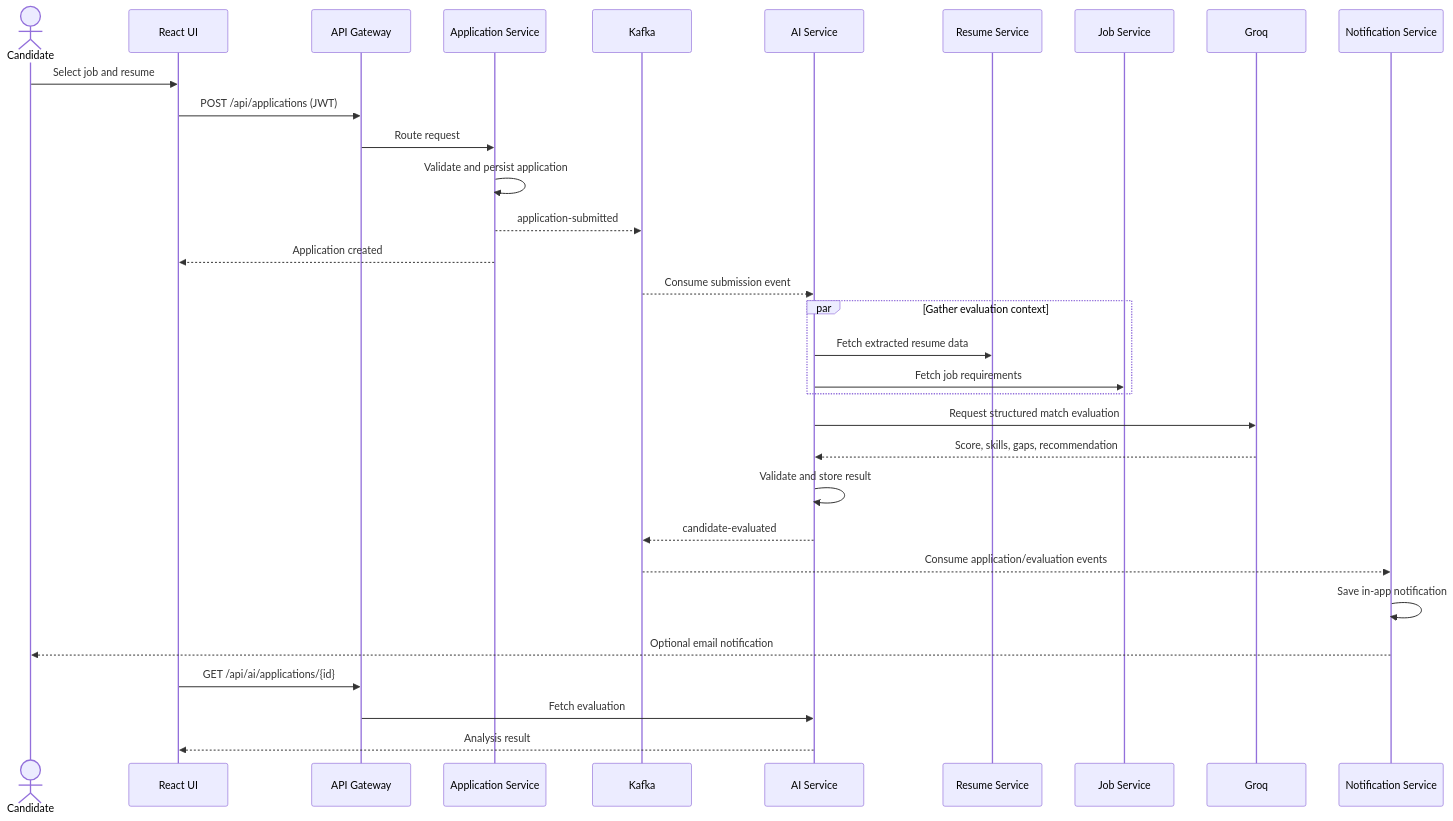
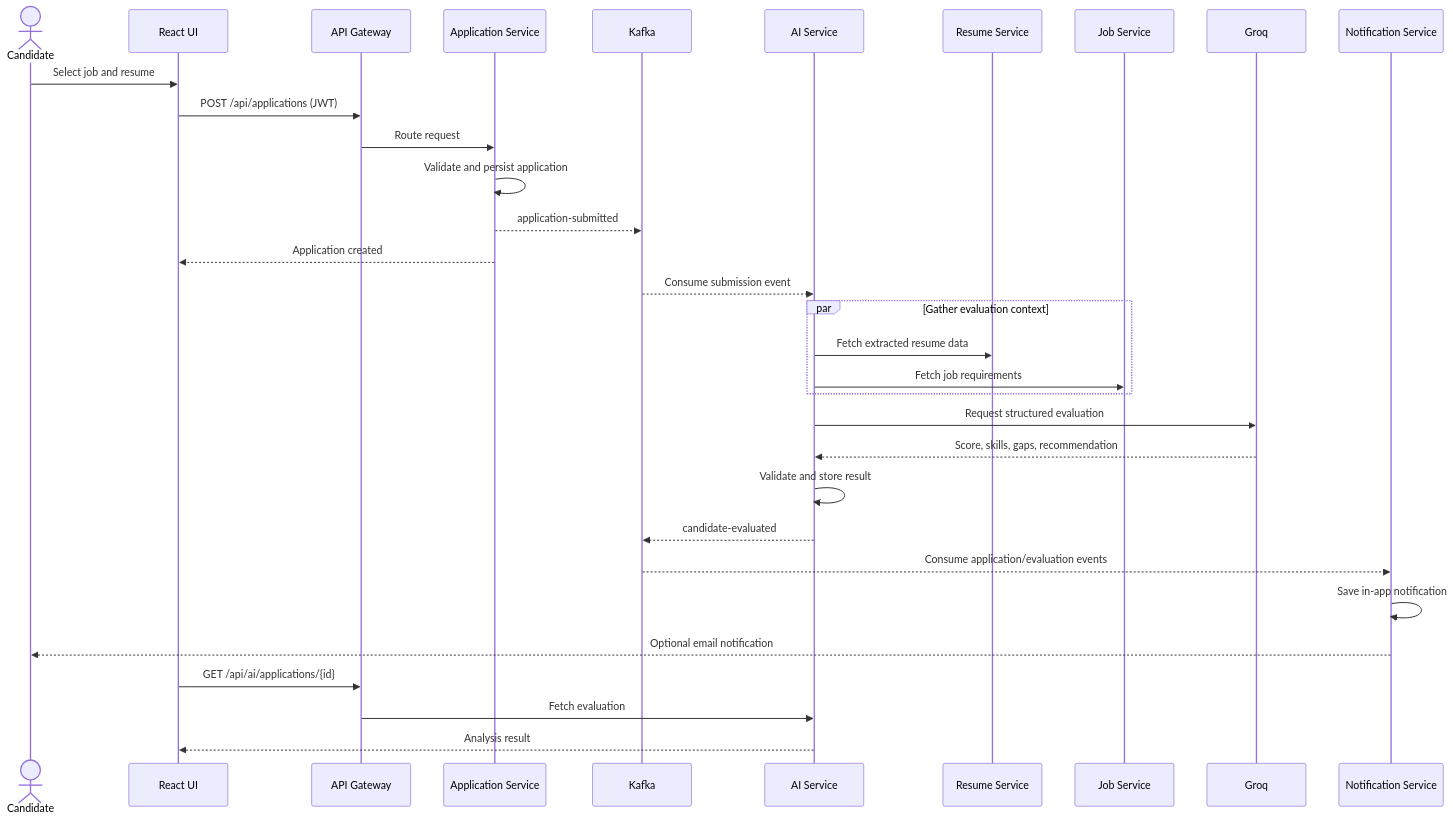
One commit to kirusigan03/AI_Job_Portal changed the third of 4 diagrams in README.md. Above: the diagram before and after it, drawn with Mermaid. The commit also changed other lines of this file, not shown here.

````diff
--- a/README.md
+++ b/README.md
@@ -129,35 +309,40 @@
 ```mermaid
 sequenceDiagram
     actor Candidate
     participant UI as React UI
     participant Gateway as API Gateway
     participant App as Application Service
     participant Kafka
     participant AI as AI Service
     participant Resume as Resume Service
     participant Job as Job Service
     participant Groq
     participant Notify as Notification Service
 
     Candidate->>UI: Select job and resume
     UI->>Gateway: POST /api/applications (JWT)
     Gateway->>App: Route request
     App->>App: Validate and persist application
     App-->>Kafka: application-submitted
     App-->>UI: Application created
+
     Kafka-->>AI: Consume submission event
+
     par Gather evaluation context
         AI->>Resume: Fetch extracted resume data
         AI->>Job: Fetch job requirements
     end
-    AI->>Groq: Request structured match evaluation
+
+    AI->>Groq: Request structured evaluation
     Groq-->>AI: Score, skills, gaps, recommendation
     AI->>AI: Validate and store result
     AI-->>Kafka: candidate-evaluated
+
     Kafka-->>Notify: Consume application/evaluation events
     Notify->>Notify: Save in-app notification
     Notify-->>Candidate: Optional email notification
+
     UI->>Gateway: GET /api/ai/applications/{id}
     Gateway->>AI: Fetch evaluation
     AI-->>UI: Analysis result
 ```
````
